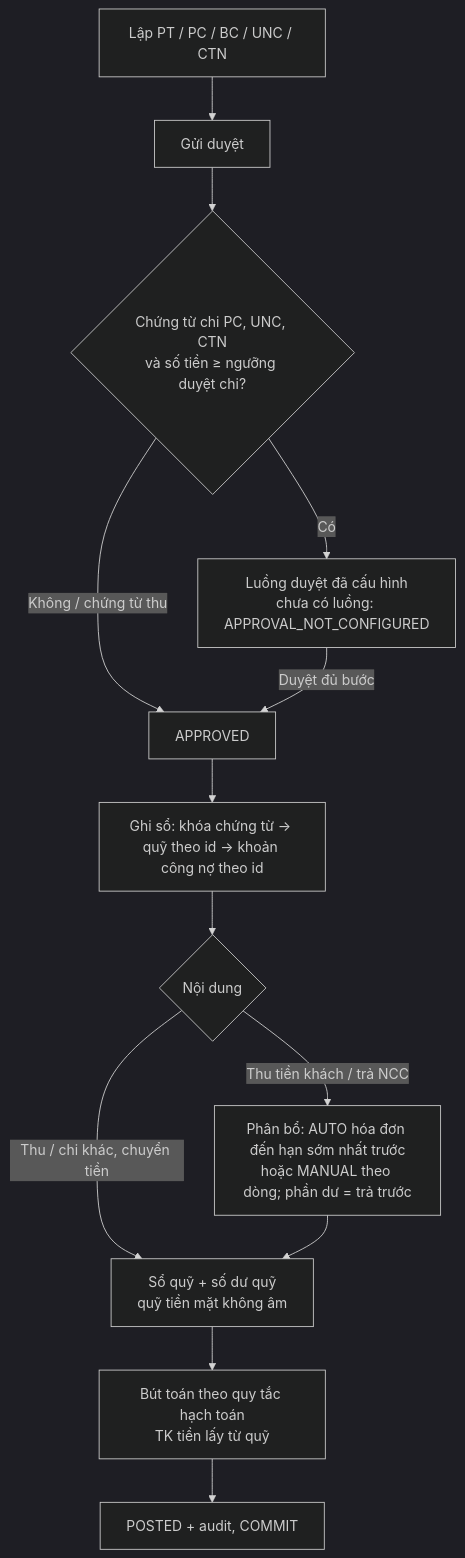
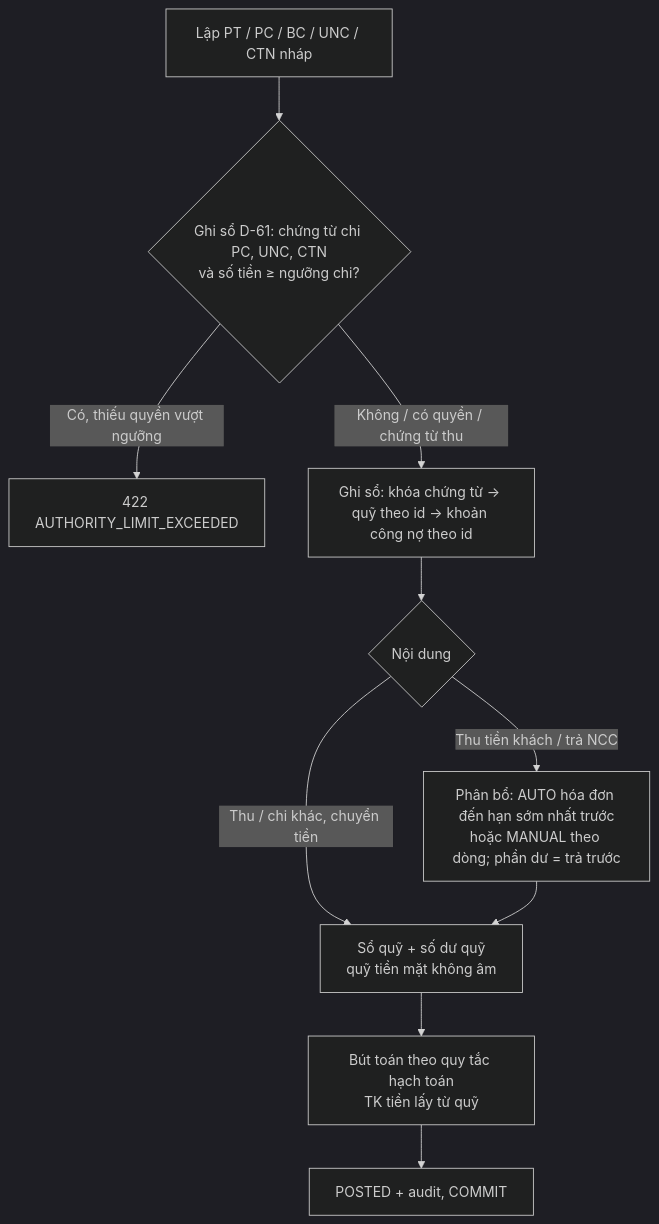
One commit to haict/pqb_ai changed the ninth of 13 diagrams in inventory-management-ai-skeleton/docs/05-workflow.md. Above: the diagram before and after it, drawn with Mermaid (dark theme). The commit also changed other lines of this file and 225 other files, not shown here.

````diff
--- a/inventory-management-ai-skeleton/docs/05-workflow.md
+++ b/inventory-management-ai-skeleton/docs/05-workflow.md
@@ -145,15 +141,12 @@
 ```mermaid
 flowchart TB
-    L[Lập PT / PC / BC / UNC / CTN] --> G[Gửi duyệt]
-    G --> T{Chứng từ chi PC, UNC, CTN<br/>và số tiền ≥ ngưỡng duyệt chi?}
-    T -->|Có| W[Luồng duyệt đã cấu hình<br/>chưa có luồng: APPROVAL_NOT_CONFIGURED]
-    T -->|Không / chứng từ thu| A[APPROVED]
-    W -->|Duyệt đủ bước| A
-    A --> P[Ghi sổ: khóa chứng từ → quỹ theo id → khoản công nợ theo id]
+    L[Lập PT / PC / BC / UNC / CTN nháp] --> T{Ghi sổ D-61: chứng từ chi PC, UNC, CTN<br/>và số tiền ≥ ngưỡng chi?}
+    T -->|Có, thiếu quyền vượt ngưỡng| X[422 AUTHORITY_LIMIT_EXCEEDED]
+    T -->|Không / có quyền / chứng từ thu| P[Ghi sổ: khóa chứng từ → quỹ theo id → khoản công nợ theo id]
     P --> D{Nội dung}
     D -->|Thu tiền khách / trả NCC| S[Phân bổ: AUTO hóa đơn đến hạn sớm nhất trước<br/>hoặc MANUAL theo dòng; phần dư = trả trước]
     D -->|Thu / chi khác, chuyển tiền| C
     S --> C[Sổ quỹ + số dư quỹ<br/>quỹ tiền mặt không âm]
     C --> J[Bút toán theo quy tắc hạch toán<br/>TK tiền lấy từ quỹ]
     J --> K[POSTED + audit, COMMIT]
 ```
````
